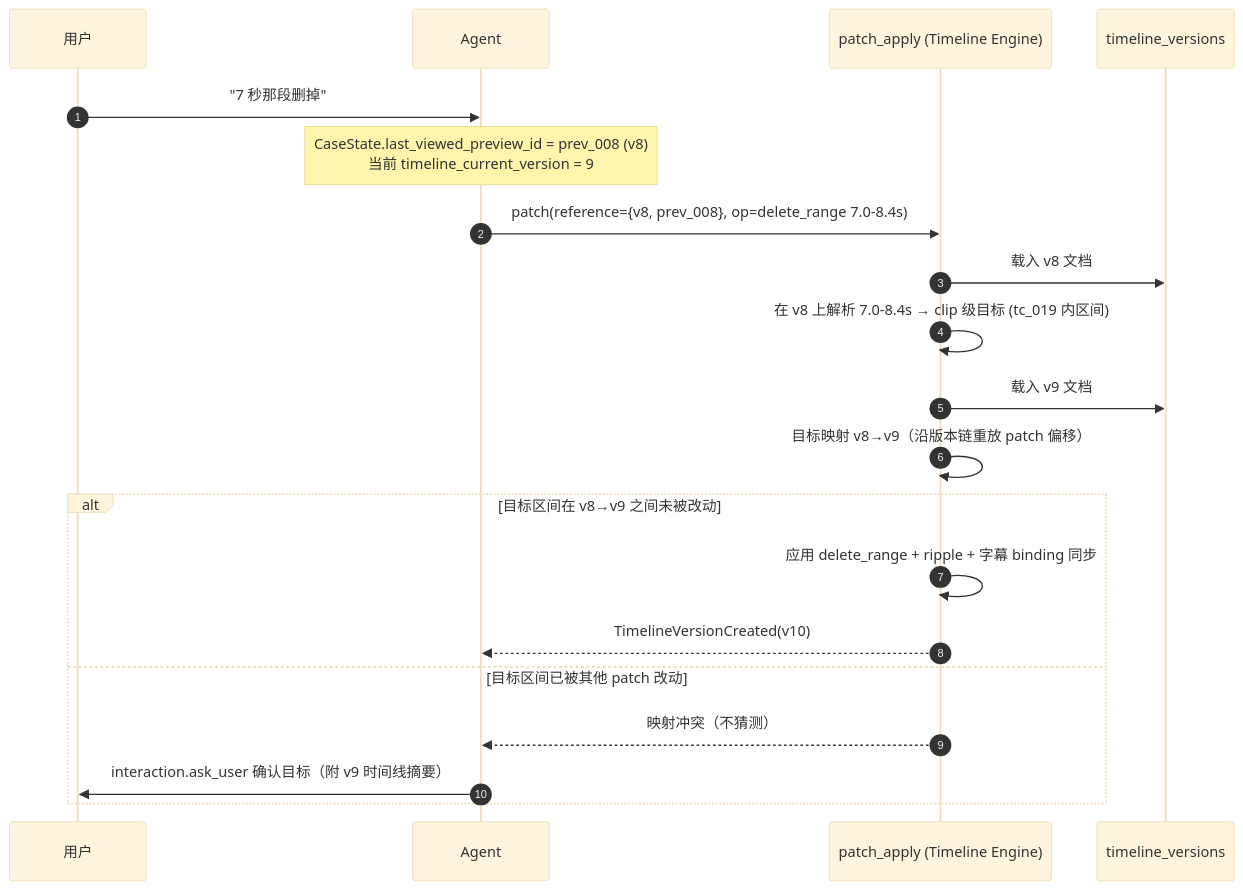
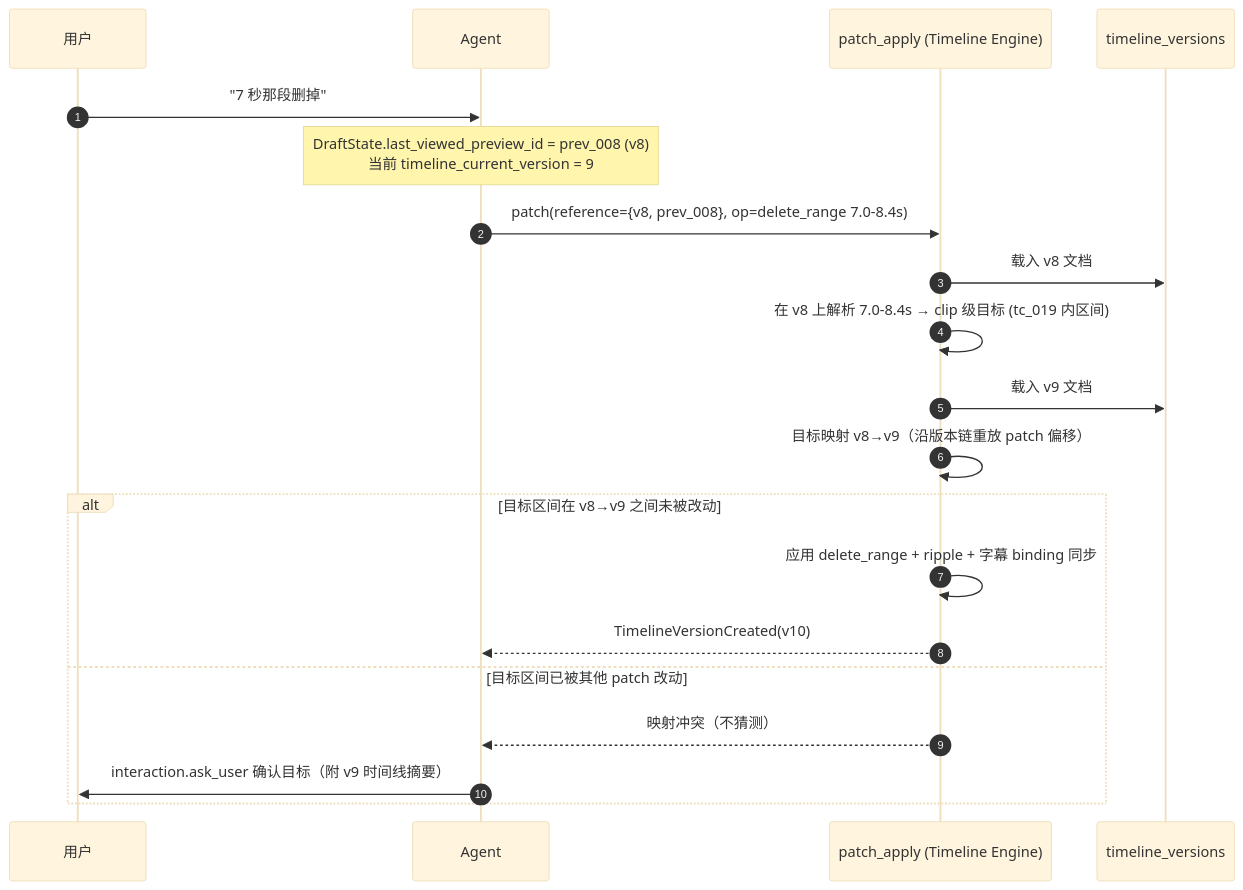
Before and after one commit to nanzhi84/Rushes: diagram 14 of 23 in PRD.md, drawn with Mermaid (base theme). The commit also changed other lines of this file and 185 other files, not shown here.

First line of the commit message:
单级草稿模型：Project/Case 合并为 Draft + API 扁平化 + 素材全局去重 (#45)

````diff
--- a/PRD.md
+++ b/PRD.md
@@ -1329,23 +1294,23 @@
 ```mermaid
 sequenceDiagram
   autonumber
   participant U as 用户
   participant A as Agent
   participant PA as patch_apply (Timeline Engine)
   participant TV as timeline_versions
 
   U->>A: "7 秒那段删掉"
-  Note over A: CaseState.last_viewed_preview_id = prev_008 (v8)<br/>当前 timeline_current_version = 9
+  Note over A: DraftState.last_viewed_preview_id = prev_008 (v8)<br/>当前 timeline_current_version = 9
   A->>PA: patch(reference={v8, prev_008}, op=delete_range 7.0-8.4s)
   PA->>TV: 载入 v8 文档
   PA->>PA: 在 v8 上解析 7.0-8.4s → clip 级目标 (tc_019 内区间)
   PA->>TV: 载入 v9 文档
   PA->>PA: 目标映射 v8→v9（沿版本链重放 patch 偏移）
   alt 目标区间在 v8→v9 之间未被改动
     PA->>PA: 应用 delete_range + ripple + 字幕 binding 同步
     PA-->>A: TimelineVersionCreated(v10)
   else 目标区间已被其他 patch 改动
     PA-->>A: 映射冲突（不猜测）
     A->>U: interaction.ask_user 确认目标（附 v9 时间线摘要）
   end
 ```
````
